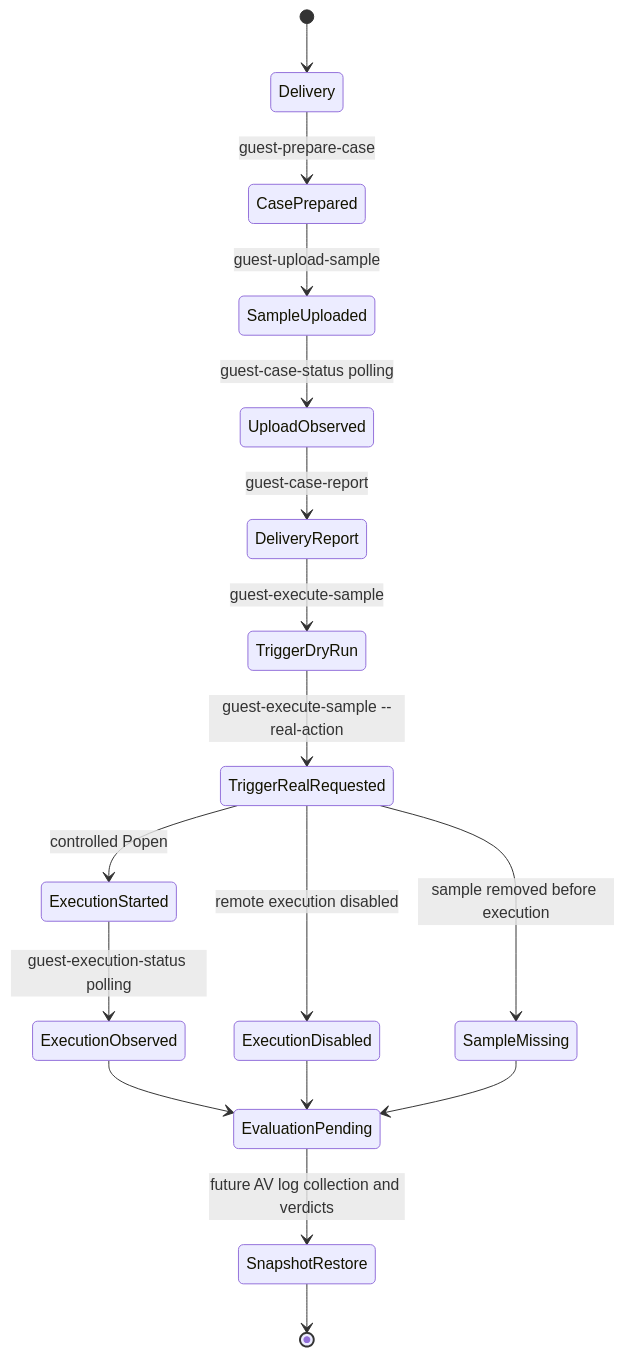
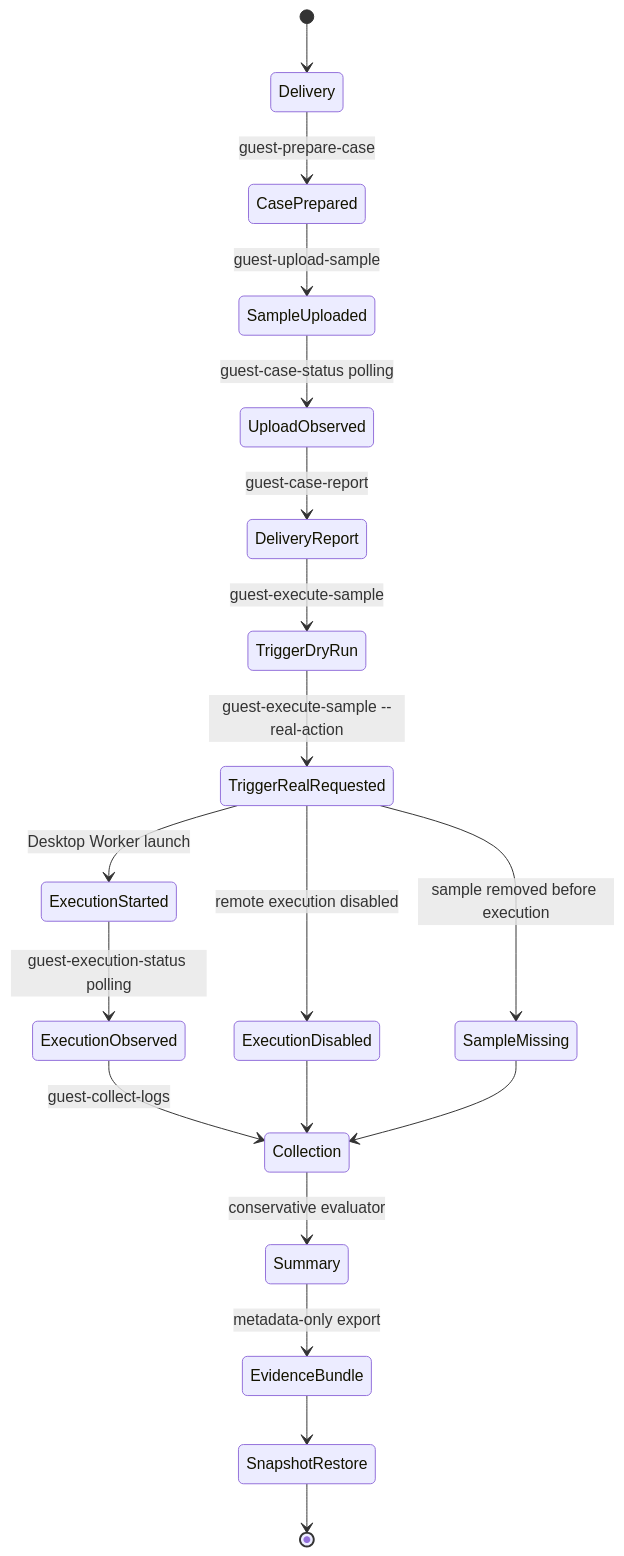
Before and after one commit to ParleStargazer/Cloud-AV-Agent-Lab: the second of 2 diagrams in docs/ARCHITECTURE.md, drawn with Mermaid. The commit also changed other lines of this file and 36 other files, not shown here.

Commit message:
Add Desktop Worker execution handoff

````diff
--- a/docs/ARCHITECTURE.md
+++ b/docs/ARCHITECTURE.md
@@ -31,21 +31,23 @@
 ```mermaid
 stateDiagram-v2
     [*] --> Delivery
     Delivery --> CasePrepared: guest-prepare-case
     CasePrepared --> SampleUploaded: guest-upload-sample
     SampleUploaded --> UploadObserved: guest-case-status polling
     UploadObserved --> DeliveryReport: guest-case-report
 
     DeliveryReport --> TriggerDryRun: guest-execute-sample
     TriggerDryRun --> TriggerRealRequested: guest-execute-sample --real-action
     TriggerRealRequested --> ExecutionDisabled: remote execution disabled
     TriggerRealRequested --> SampleMissing: sample removed before execution
-    TriggerRealRequested --> ExecutionStarted: controlled Popen
+    TriggerRealRequested --> ExecutionStarted: Desktop Worker launch
 
     ExecutionStarted --> ExecutionObserved: guest-execution-status polling
-    ExecutionObserved --> EvaluationPending
-    ExecutionDisabled --> EvaluationPending
-    SampleMissing --> EvaluationPending
-    EvaluationPending --> SnapshotRestore: future AV log collection and verdicts
+    ExecutionObserved --> Collection: guest-collect-logs
+    ExecutionDisabled --> Collection
+    SampleMissing --> Collection
+    Collection --> Summary: conservative evaluator
+    Summary --> EvidenceBundle: metadata-only export
+    EvidenceBundle --> SnapshotRestore
     SnapshotRestore --> [*]
 ```
````
